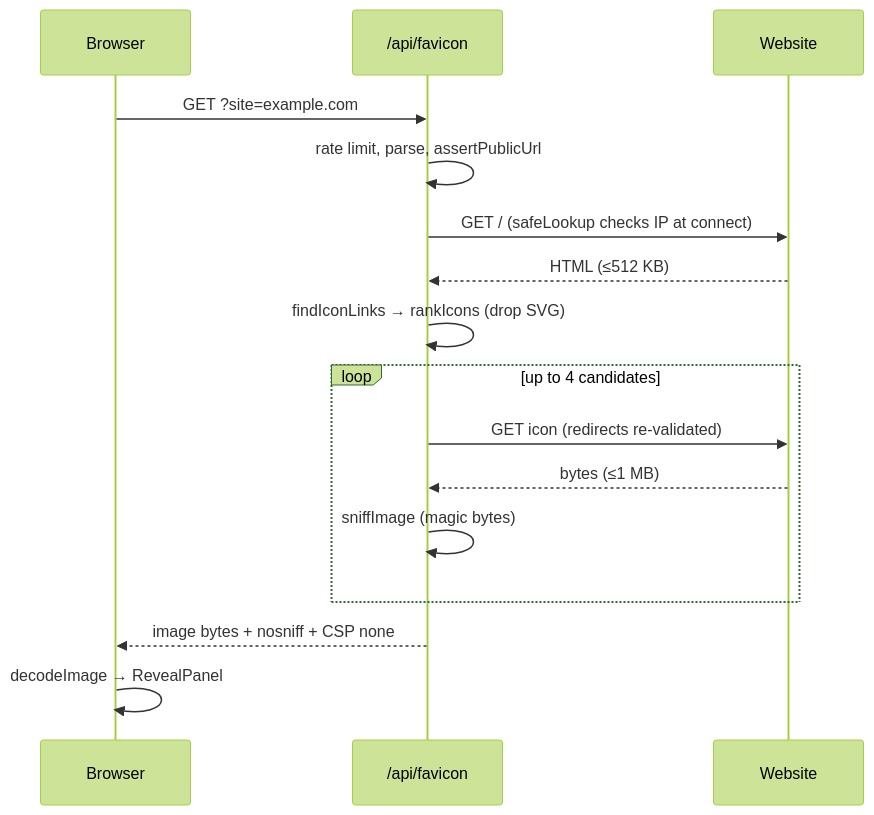
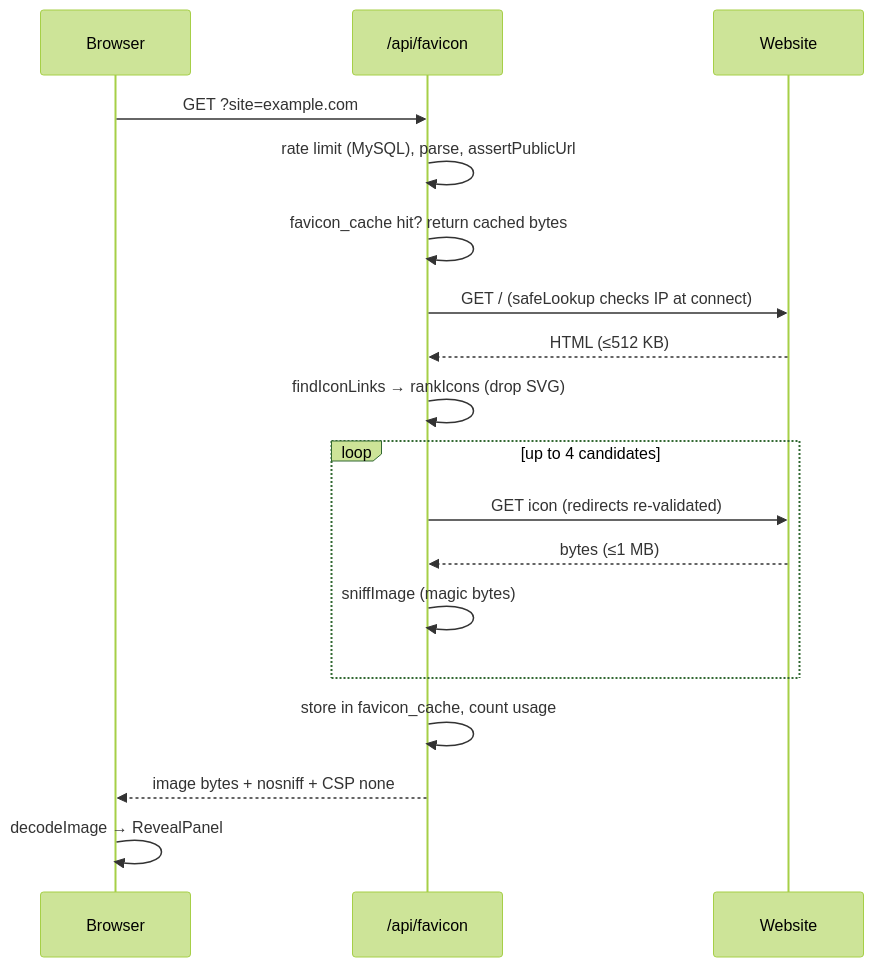
Before and after one commit to evansem/steganography: the third of 4 diagrams in docs/architecture.md, drawn with Mermaid (forest theme). The commit also changed other lines of this file and 7 other files, not shown here.

````diff
--- a/docs/architecture.md
+++ b/docs/architecture.md
@@ -93,18 +101,20 @@
 ```mermaid
 sequenceDiagram
   participant B as Browser
   participant R as /api/favicon
   participant W as Website
   B->>R: GET ?site=example.com
-  R->>R: rate limit, parse, assertPublicUrl
+  R->>R: rate limit (MySQL), parse, assertPublicUrl
+  R->>R: favicon_cache hit? return cached bytes
   R->>W: GET / (safeLookup checks IP at connect)
   W-->>R: HTML (≤512 KB)
   R->>R: findIconLinks → rankIcons (drop SVG)
   loop up to 4 candidates
     R->>W: GET icon (redirects re-validated)
     W-->>R: bytes (≤1 MB)
     R->>R: sniffImage (magic bytes)
   end
+  R->>R: store in favicon_cache, count usage
   R-->>B: image bytes + nosniff + CSP none
   B->>B: decodeImage → RevealPanel
 ```
````
